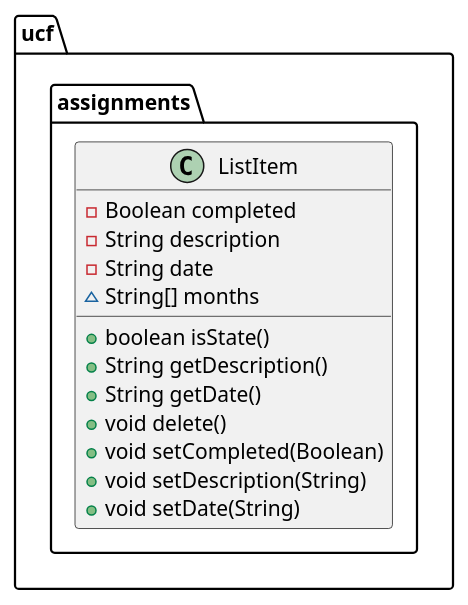
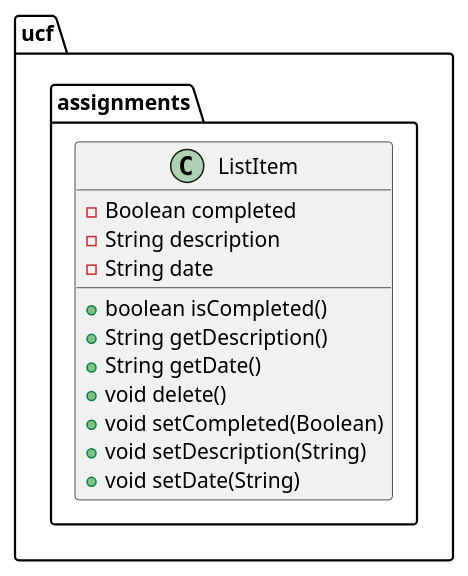
Before and after one commit to DyroZang/mousa-cop3330-assignment4part2: the diagram in UML/ListItem.puml, drawn with PlantUML. The commit also changed 12 other files, not shown here.

```diff
--- a/UML/ListItem.puml
+++ b/UML/ListItem.puml
@@ -1,15 +1,14 @@
 @startuml
 class ucf.assignments.ListItem {
 - Boolean completed
 - String description
 - String date
-~ String[] months
-+ boolean isState()
++ boolean isCompleted()
 + String getDescription()
 + String getDate()
 + void delete()
 + void setCompleted(Boolean)
 + void setDescription(String)
 + void setDate(String)
 }
 @enduml
```
